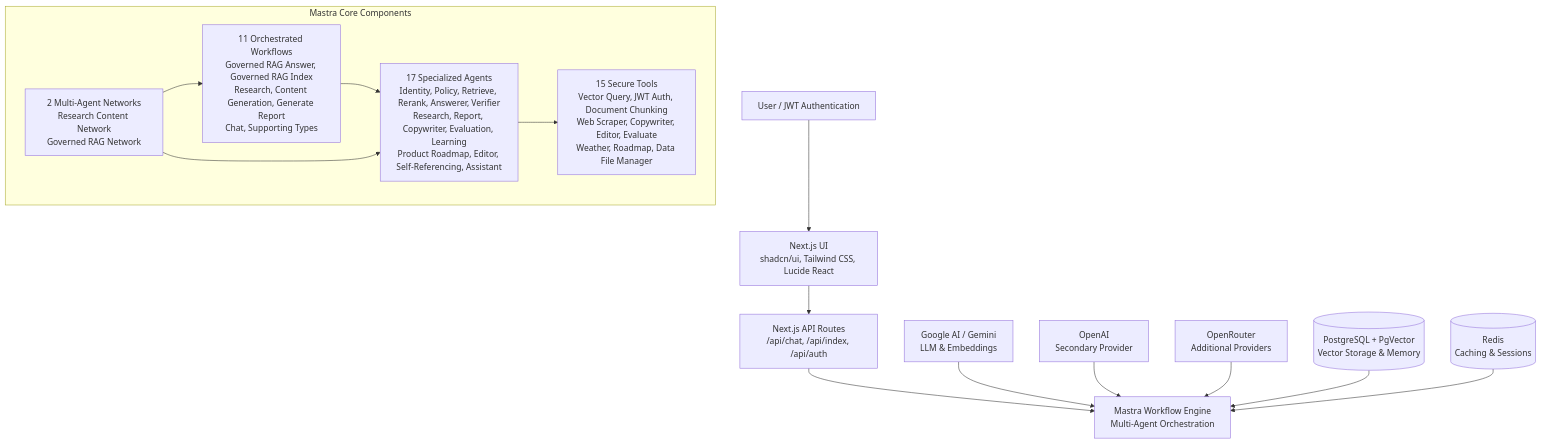
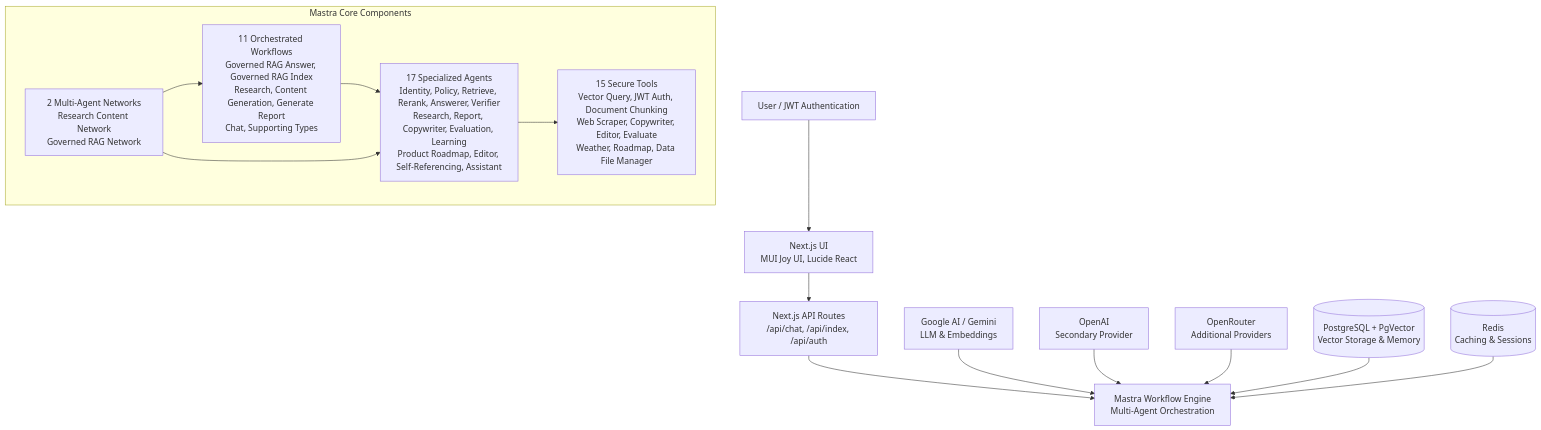
One commit to ssdeanx/secure-rag-multi-agent changed the first of 2 diagrams in README.md. Above: the diagram before and after it, drawn with Mermaid. The commit also changed other lines of this file and 106 other files, not shown here.

Commit message:
Refactor productRoadmapAgent: Remove voice configuration and related audio handling code; update Google AI integration in various services; clean up unused imports and improve code organization. Add comprehensive documentation for Mastra-Cedar integration URLs.

````diff
--- a/README.md
+++ b/README.md
@@ -36,25 +36,25 @@
 ```mermaid
 graph TB
-    User[User / JWT Authentication] --> UI[Next.js UI<br/>shadcn/ui, Tailwind CSS, Lucide React]
+    User[User / JWT Authentication] --> UI[Next.js UI<br/>MUI Joy UI, Lucide React]
     UI --> API[Next.js API Routes<br/>/api/chat, /api/index, /api/auth]
     API --> Mastra[Mastra Workflow Engine<br/>Multi-Agent Orchestration]
 
     GoogleAI[Google AI / Gemini<br/>LLM & Embeddings] --> Mastra
     OpenAI[OpenAI<br/>Secondary Provider] --> Mastra
     OpenRouter[OpenRouter<br/>Additional Providers] --> Mastra
 
     PostgreSQL[(PostgreSQL + PgVector<br/>Vector Storage & Memory)] --> Mastra
     Redis[(Redis<br/>Caching & Sessions)] --> Mastra
 
     subgraph MastraInternal[Mastra Core Components]
         Agents[17 Specialized Agents<br/>Identity, Policy, Retrieve, Rerank, Answerer, Verifier<br/>Research, Report, Copywriter, Evaluation, Learning<br/>Product Roadmap, Editor, Self-Referencing, Assistant]
         Workflows[11 Orchestrated Workflows<br/>Governed RAG Answer, Governed RAG Index<br/>Research, Content Generation, Generate Report<br/>Chat, Supporting Types]
         Tools[15 Secure Tools<br/>Vector Query, JWT Auth, Document Chunking<br/>Web Scraper, Copywriter, Editor, Evaluate<br/>Weather, Roadmap, Data File Manager]
         Networks[2 Multi-Agent Networks<br/>Research Content Network<br/>Governed RAG Network]
     end
 
     Agents --> Tools
     Workflows --> Agents
     Networks --> Workflows
     Networks --> Agents
 ```
````
